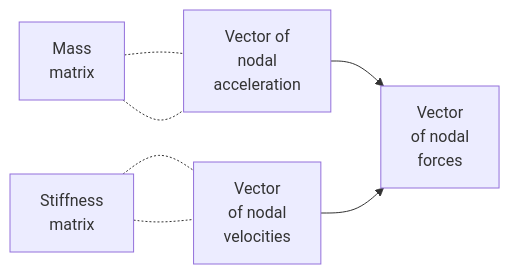
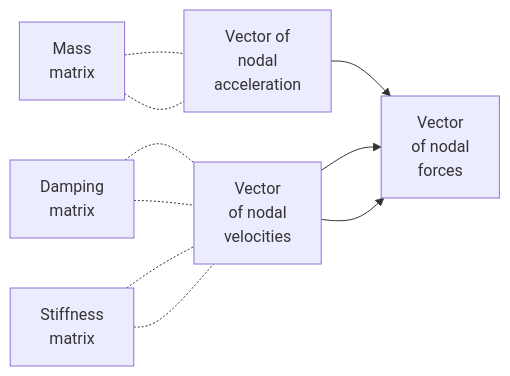
Before and after one commit to dudung/snippet: the first of 2 diagrams in src/00/36.md, drawn with Mermaid. The commit also changed other lines of this file and 2 other files, not shown here.

````diff
--- a/src/00/36.md
+++ b/src/00/36.md
@@ -4,12 +4,15 @@
 ```mermaid
 flowchart LR
   M -.- du --> F
   M -.- du
+  C -.- u --> F
+  C -.- u
   K -.- u --> F
   K -.- u
   M["Mass<br>matrix"]
   du["Vector of<br>nodal<br>acceleration"]
   K["Stiffness<br>matrix"]
+  C["Damping<br>matrix"]
   u["Vector<br>of nodal<br>velocities"]
   F["Vector<br>of nodal<br>forces"]
 ```
````
